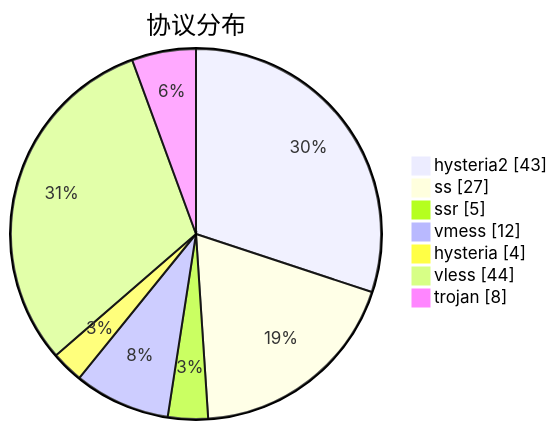
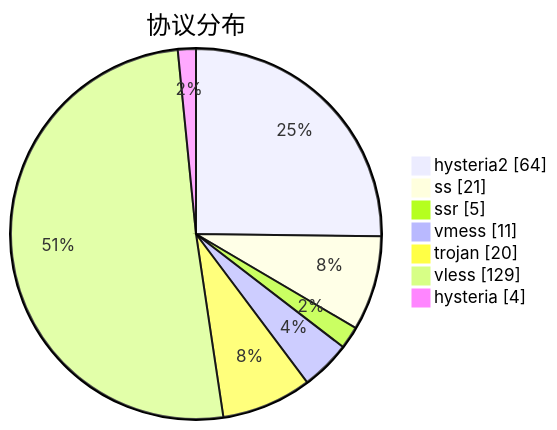
Before and after one commit to sinspired/airport: the third of 3 diagrams in subs/statistics/tested_within.md, drawn with Mermaid. The commit also changed other lines of this file and 2 other files, not shown here.

````diff
--- a/subs/statistics/tested_within.md
+++ b/subs/statistics/tested_within.md
@@ -34,11 +41,11 @@
 ```mermaid
 pie showData
 title 协议分布
-"hysteria2" : 43
-"ss" : 27
+"hysteria2" : 64
+"ss" : 21
 "ssr" : 5
-"vmess" : 12
+"vmess" : 11
+"trojan" : 20
+"vless" : 129
 "hysteria" : 4
-"vless" : 44
-"trojan" : 8
 ```
````
